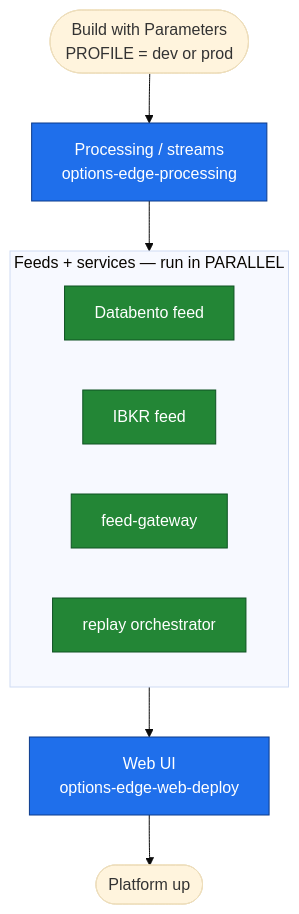
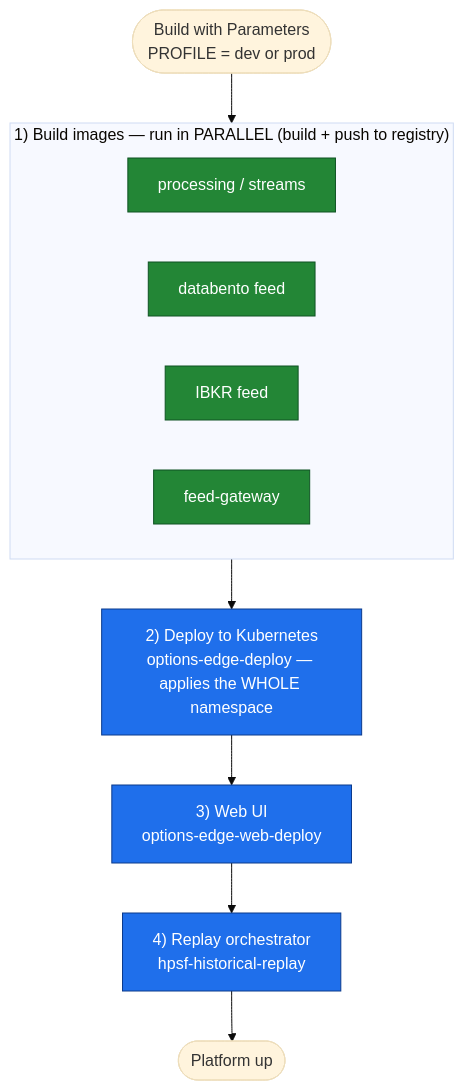
One commit to abhinav-jain09/options-edge-deploy changed the diagram in docs/bring-up-all.md. Above: the diagram before and after it, drawn with Mermaid (base theme). The commit also changed other lines of this file and 1 other file, not shown here.

Commit message:
umbrella: restructure to build-all -> one deploy (options-edge-deploy applies the whole namespace)
options-edge-deploy kustomize-applies the ENTIRE options-edge namespace (feeds + all
stream apps), so per-feed deploy stages were redundant. New shape:
  1. Build images (parallel): processing + databento + ibkr + feed-gateway (build/push only)
  2. Deploy to Kubernetes: options-edge-deploy (ENVIRONMENT) — applies everything
  3. Web UI: options-edge-web-deploy (Docker container, not in k8s)
  4. Replay orchestrator: hpsf-historical-replay (separate; TO-VERIFY)
Databento build runs with DEPLOY_TO_KUBERNETES=false (deploy handled by stage 2).

````diff
--- a/docs/bring-up-all.md
+++ b/docs/bring-up-all.md
@@ -21,21 +21,22 @@
 ```mermaid
 flowchart TD
-    Start([Build with Parameters<br/>PROFILE = dev or prod]) --> Proc
-    Proc["Processing / streams<br/>options-edge-processing"] --> Feeds
+    Start([Build with Parameters<br/>PROFILE = dev or prod]) --> Build
 
-    subgraph Feeds ["Feeds + services — run in PARALLEL"]
+    subgraph Build ["1) Build images — run in PARALLEL (build + push to registry)"]
         direction LR
-        DB["Databento feed"]
+        PR["processing / streams"]
+        DB["databento feed"]
         IB["IBKR feed"]
         GW["feed-gateway"]
-        RP["replay orchestrator"]
     end
 
-    Feeds --> Web["Web UI<br/>options-edge-web-deploy"]
-    Web --> Done([Platform up])
+    Build --> Deploy["2) Deploy to Kubernetes<br/>options-edge-deploy — applies the WHOLE namespace"]
+    Deploy --> Web["3) Web UI<br/>options-edge-web-deploy"]
+    Web --> Replay["4) Replay orchestrator<br/>hpsf-historical-replay"]
+    Replay --> Done([Platform up])
 
     classDef seq fill:#1f6feb,stroke:#0b3a8c,color:#fff
     classDef par fill:#238636,stroke:#0f5323,color:#fff
-    class Proc,Web seq
-    class DB,IB,GW,RP par
+    class Deploy,Web,Replay seq
+    class PR,DB,IB,GW par
 ```
````
